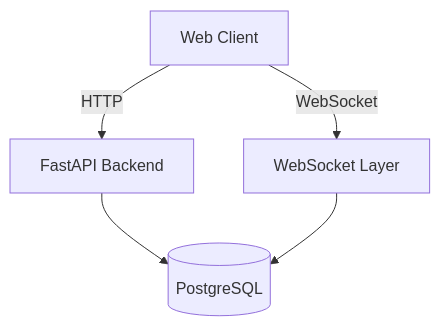
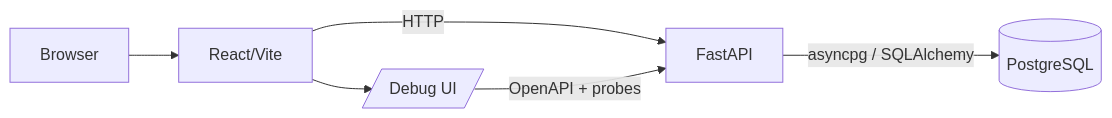
Before and after one commit to aske312/project_403: the first of 4 diagrams in README.md, drawn with Mermaid. The commit also changed other lines of this file, not shown here.

````diff
--- a/README.md
+++ b/README.md
@@ -59,13 +146,8 @@
-```mermaid id="v2c8t1"
-flowchart TD
-
-    Client[Web Client]
-    API[FastAPI Backend]
-    DB[(PostgreSQL)]
-    WS[WebSocket Layer]
-
-    Client -->|HTTP| API
-    Client -->|WebSocket| WS
-    API --> DB
-    WS --> DB
+```mermaid
+flowchart LR
+    Browser[Browser] --> Frontend[React/Vite]
+    Frontend -->|HTTP| Backend[FastAPI]
+    Backend -->|asyncpg / SQLAlchemy| DB[(PostgreSQL)]
+    Frontend --> Debug[/Debug UI/]
+    Debug -->|OpenAPI + probes| Backend
 ```
````
